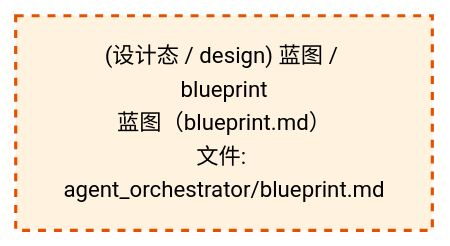
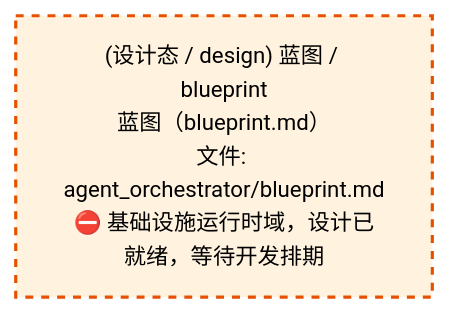
The third of 4 diagrams in docs/02_enterprise_architecture/02_domain_architecture_docs/06_d_infra_runtime.md (xuanFelixVan/ZephyrAlpha), drawn with Mermaid before and after one commit. The commit also changed other lines of this file and 50 other files, not shown here.

````diff
--- a/docs/02_enterprise_architecture/02_domain_architecture_docs/06_d_infra_runtime.md
+++ b/docs/02_enterprise_architecture/02_domain_architecture_docs/06_d_infra_runtime.md
@@ -1046,10 +1046,10 @@
 ```mermaid
 %%{init: {'theme': 'base', 'themeVariables': {'primaryColor': '#eaeaea', 'primaryTextColor': '#333333', 'primaryBorderColor': '#666666', 'lineColor': '#666666', 'secondaryColor': '#eaeaea', 'tertiaryColor': '#eaeaea', 'fontSize': '14px'}}}%%
 flowchart TD
-    docs_03_modules_cross_layer_agent_orchestrator_blueprint_md["(设计态 / design) 蓝图 / blueprint<br/>蓝图（blueprint.md）<br/>文件: agent_orchestrator/blueprint.md"]
+    docs_03_modules_cross_layer_agent_orchestrator_blueprint_md["(设计态 / design) 蓝图 / blueprint<br/>蓝图（blueprint.md）<br/>文件: agent_orchestrator/blueprint.md<br/>⛔ 基础设施运行时域，设计已就绪，等待开发排期"]
     classDef production fill:#e1f5fe,stroke:#01579b,stroke-width:2px,color:#000
     classDef design fill:#fff3e0,stroke:#e65100,stroke-width:2px,color:#000,stroke-dasharray: 5 5
     classDef external_prod fill:#e8f4fd,stroke:#0277bd,stroke-width:1px,color:#000
     classDef external_design fill:#fff8e7,stroke:#ef6c00,stroke-width:1px,color:#000,stroke-dasharray: 5 5
     class docs_03_modules_cross_layer_agent_orchestrator_blueprint_md design
 ```
````
